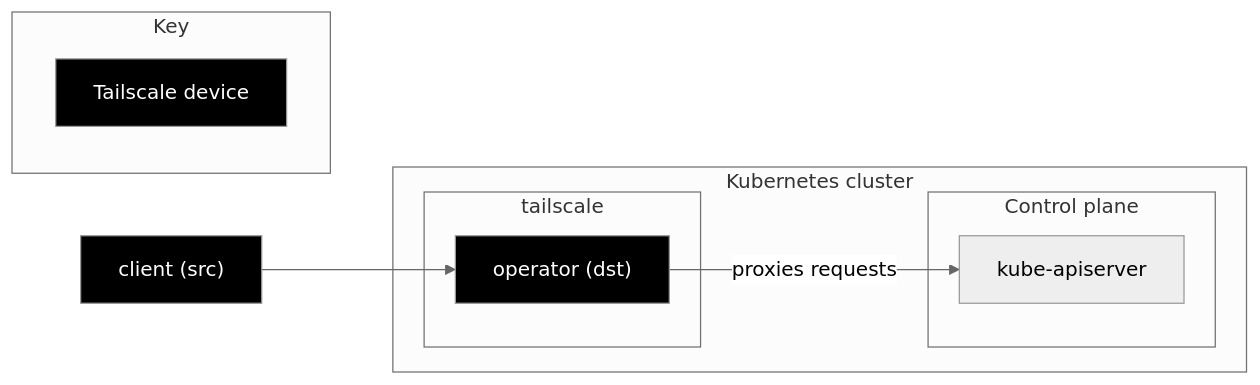
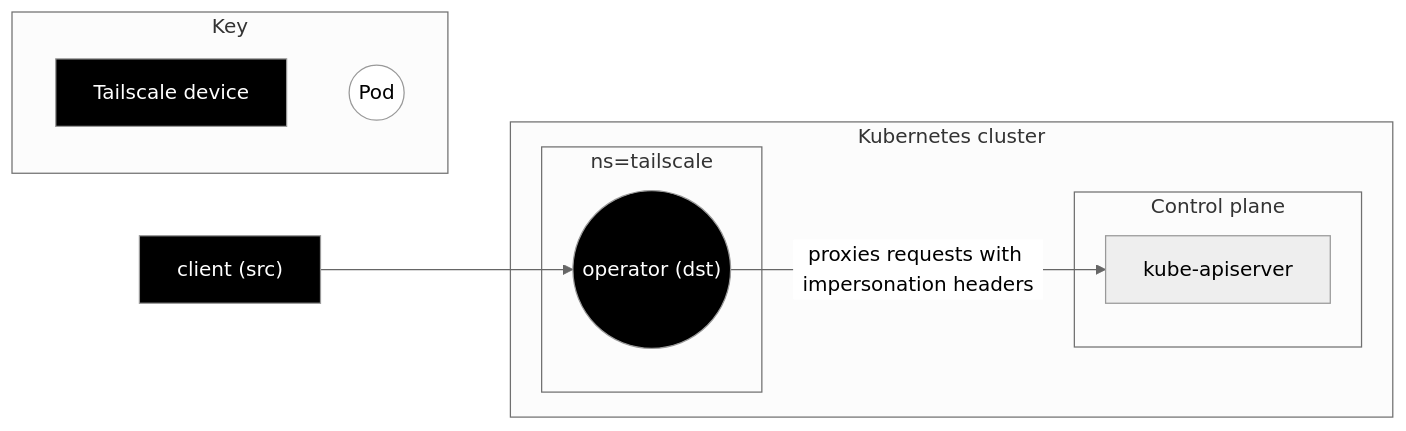
Before and after one commit to tailscale/tailscale: the first of 5 diagrams in docs/k8s/operator-architecture.md, drawn with Mermaid. The commit also changed other lines of this file, not shown here.

````diff
--- a/docs/k8s/operator-architecture.md
+++ b/docs/k8s/operator-architecture.md
@@ -23,23 +23,24 @@
 ```mermaid
 %%{ init: { 'theme':'neutral' } }%%
 flowchart LR
     classDef tsnode color:#fff,fill:#000;
     classDef pod fill:#fff;
 
     subgraph Key
         ts[Tailscale device]:::tsnode
+        pod((Pod)):::pod
     end
 
     subgraph k8s[Kubernetes cluster]
-        subgraph tailscale-ns[tailscale]
-            operator["operator (dst)"]:::tsnode
+        subgraph tailscale-ns[ns=tailscale]
+            operator(("operator (dst)")):::tsnode
         end
 
         subgraph controlplane["Control plane"]
             api[kube-apiserver]
         end
     end
     client["client (src)"]:::tsnode --> operator
-    operator-->|proxies requests| api
+    operator-->|proxies requests with impersonation headers| api
 
 ```
````
